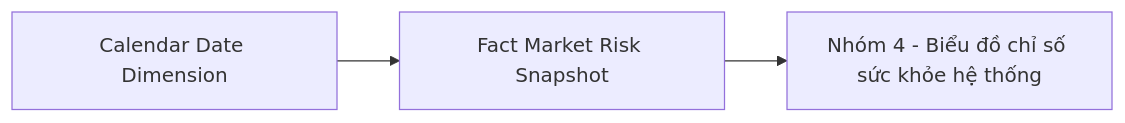
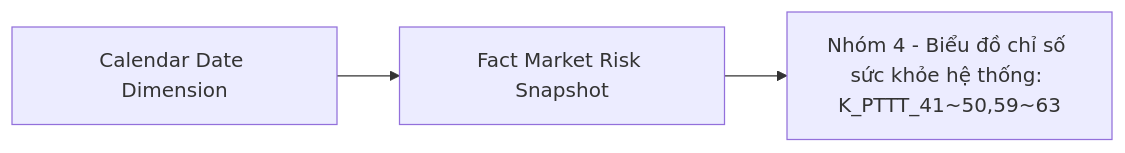
Before and after one commit to linhlvit/ubck_atomic_design: diagram 19 of 54 in Datamart/hld/DTM_PTTT_HLD.md, drawn with Mermaid. The commit also changed other lines of this file and 5 other files, not shown here.

````diff
--- a/Datamart/hld/DTM_PTTT_HLD.md
+++ b/Datamart/hld/DTM_PTTT_HLD.md
@@ -842,8 +757,5 @@
 ```mermaid
 flowchart LR
-    fct_mkt_rsk_snpst["Fact Market Risk Snapshot"]
-    cdr_dt_dim["Calendar Date Dimension"]
-    rpt_nhom4["Nhóm 4 - Biểu đồ chỉ số sức khỏe hệ thống"]
-    cdr_dt_dim --> fct_mkt_rsk_snpst
-    fct_mkt_rsk_snpst --> rpt_nhom4
+    fct_mkt_rsk_snpst["Fact Market Risk Snapshot"] --> rpt_nhom4["Nhóm 4 - Biểu đồ chỉ số sức khỏe hệ thống: K_PTTT_41~50,59~63"]
+    cdr_dt_dim["Calendar Date Dimension"] --> fct_mkt_rsk_snpst
 ```
````
